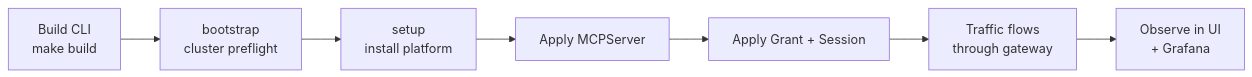
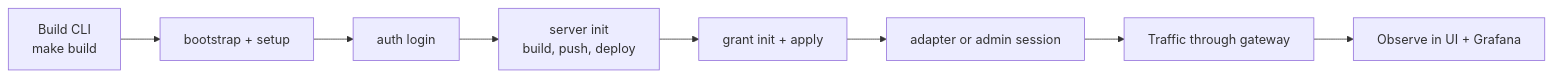
The diagram in docs/getting-started.md (Agent-Hellboy/mcp-runtime), drawn with Mermaid before and after one commit. The commit also changed other lines of this file and 18 other files, not shown here.

Commit message:
doc: document server init and access grant/session init CLI flows (#255)

````diff
--- a/docs/getting-started.md
+++ b/docs/getting-started.md
@@ -728,9 +847,10 @@
 ```mermaid
 flowchart LR
-    A[Build CLI<br/>make build] --> B[bootstrap<br/>cluster preflight]
-    B --> C[setup<br/>install platform]
-    C --> D[Apply MCPServer]
-    D --> E[Apply Grant + Session]
-    E --> F[Traffic flows<br/>through gateway]
-    F --> G[Observe in UI<br/>+ Grafana]
+    A[Build CLI<br/>make build] --> B[bootstrap + setup]
+    B --> C[auth login]
+    C --> D[server init<br/>build, push, deploy]
+    D --> E[grant init + apply]
+    E --> F[adapter or admin session]
+    F --> G[Traffic through gateway]
+    G --> H[Observe in UI + Grafana]
 ```
````
